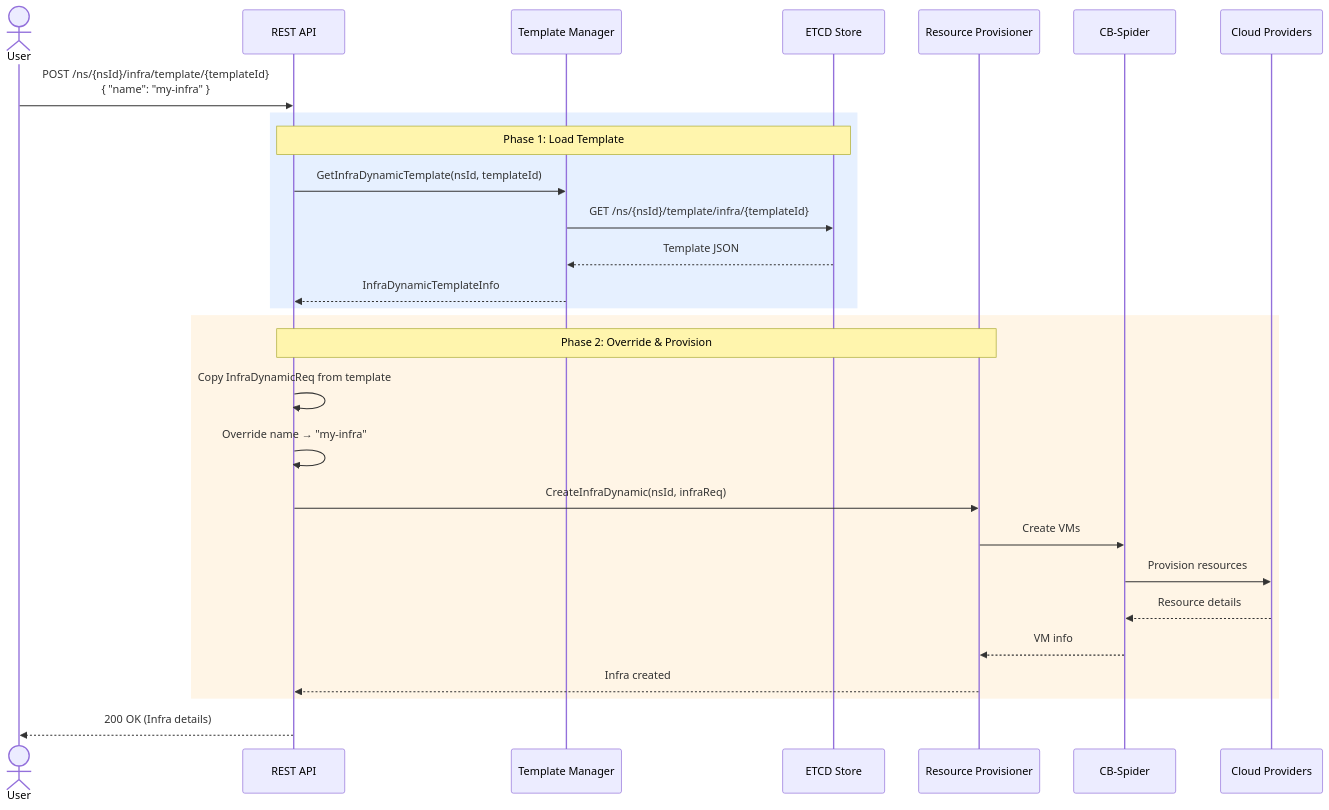
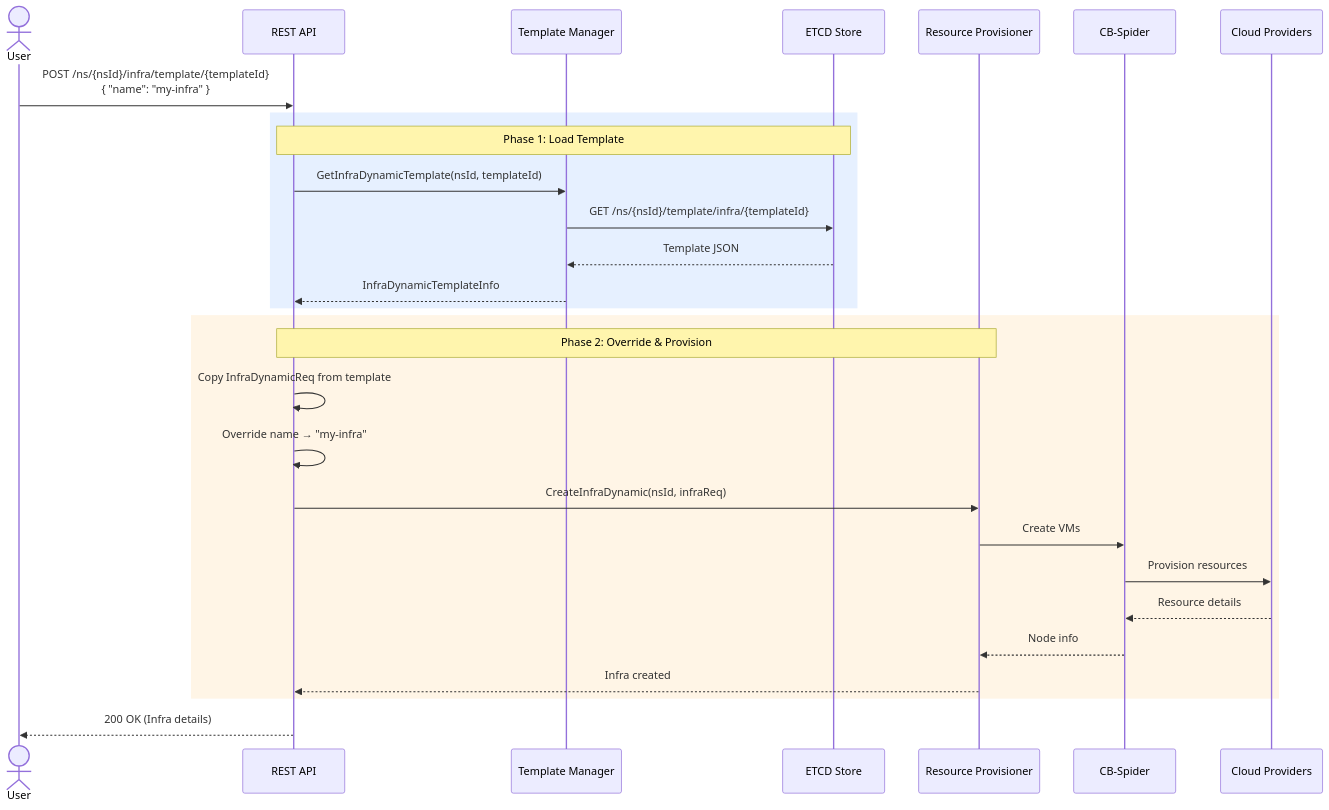
The second of 5 diagrams in docs/feature_guide/resource-template-management.md (cloud-barista/cb-tumblebug), drawn with Mermaid before and after one commit. The commit also changed other lines of this file and 81 other files, not shown here.

````diff
--- a/docs/feature_guide/resource-template-management.md
+++ b/docs/feature_guide/resource-template-management.md
@@ -175,34 +175,34 @@
 ```mermaid
 sequenceDiagram
     actor User
     participant API as REST API
     participant TplMgr as Template Manager
     participant ETCD as ETCD Store
     participant Provisioner as Resource Provisioner
     participant Spider as CB-Spider
     participant CSP as Cloud Providers
 
     User->>API: POST /ns/{nsId}/infra/template/{templateId}<br/>{ "name": "my-infra" }
 
     rect rgb(230, 240, 255)
         Note over API,ETCD: Phase 1: Load Template
         API->>TplMgr: GetInfraDynamicTemplate(nsId, templateId)
         TplMgr->>ETCD: GET /ns/{nsId}/template/infra/{templateId}
         ETCD-->>TplMgr: Template JSON
         TplMgr-->>API: InfraDynamicTemplateInfo
     end
 
     rect rgb(255, 245, 230)
         Note over API,Provisioner: Phase 2: Override & Provision
         API->>API: Copy InfraDynamicReq from template
         API->>API: Override name → "my-infra"
         API->>Provisioner: CreateInfraDynamic(nsId, infraReq)
         Provisioner->>Spider: Create VMs
         Spider->>CSP: Provision resources
         CSP-->>Spider: Resource details
-        Spider-->>Provisioner: VM info
+        Spider-->>Provisioner: Node info
         Provisioner-->>API: Infra created
     end
 
     API-->>User: 200 OK (Infra details)
 ```
````
